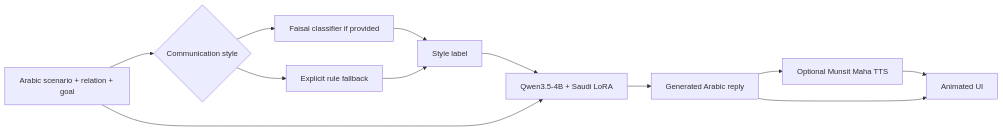
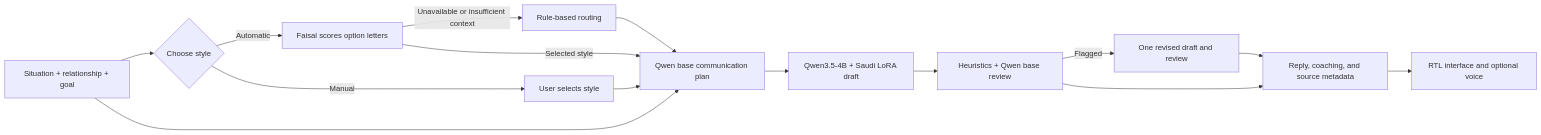
The diagram in README.md (LeenAlaslani/Labeq), drawn with Mermaid before and after one commit. The commit also changed other lines of this file and 51 other files, not shown here.

Commit message:
Release LABEQ V16 coaching and reproducible Saudi LoRA workflow

````diff
--- a/README.md
+++ b/README.md
@@ -70,14 +36,17 @@
 ```mermaid
 flowchart LR
-    A[Arabic scenario + relation + goal] --> B{Communication style}
-    B --> C[Faisal classifier if provided]
-    B --> D[Explicit rule fallback]
-    C --> E[Style label]
+    A["Situation + relationship + goal"] --> B{"Choose style"}
+    B -->|"Automatic"| C["Faisal scores option letters"]
+    B -->|"Manual"| D["User selects style"]
+    C -->|"Unavailable or insufficient context"| F["Rule-based routing"]
+    C -->|"Selected style"| E["Qwen base communication plan"]
     D --> E
-    E --> F[Qwen3.5-4B + Saudi LoRA]
-    A --> F
-    F --> G[Generated Arabic reply]
-    G --> H[Optional Munsit Maha TTS]
-    H --> I[Animated UI]
-    G --> I
+    F --> E
+    A --> E
+    E --> G["Qwen3.5-4B + Saudi LoRA draft"]
+    G --> H["Heuristics + Qwen base review"]
+    H -->|"Flagged"| I["One revised draft and review"]
+    H --> J["Reply, coaching, and source metadata"]
+    I --> J
+    J --> K["RTL interface and optional voice"]
 ```
````
